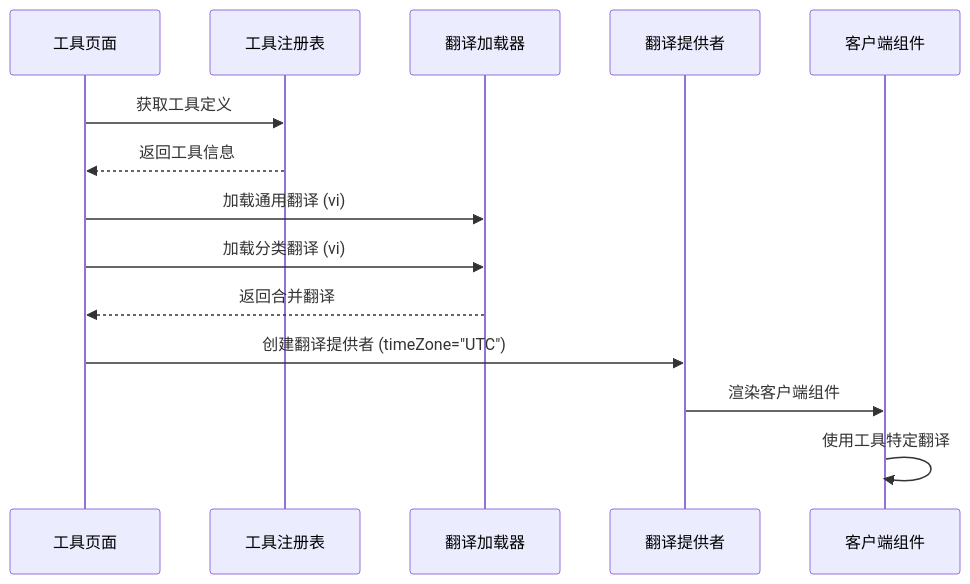
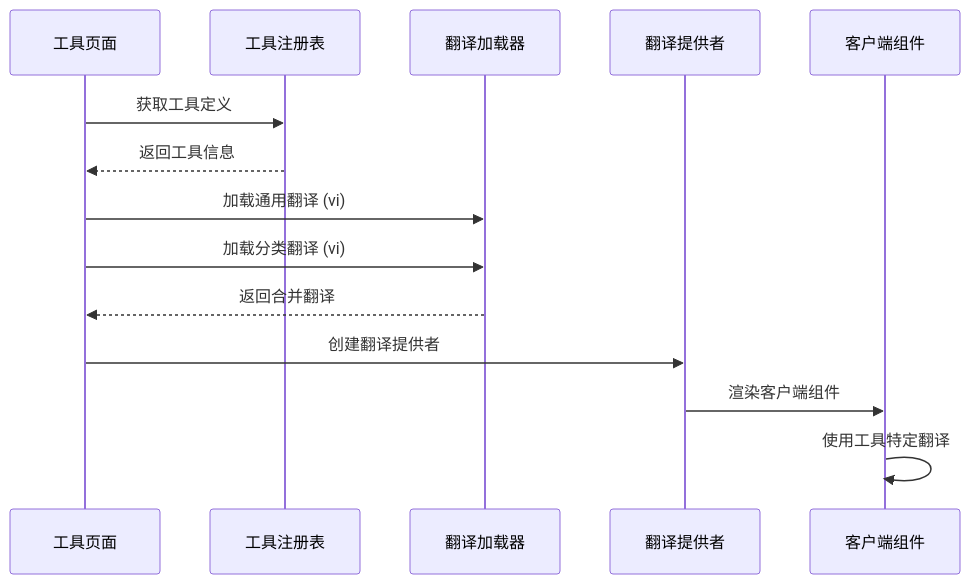
Before and after one commit to sgyy/privadeck: the ninth of 12 diagrams in .qoder/repowiki/zh/content/技术架构/国际化系统.md, drawn with Mermaid. The commit also changed other lines of this file and 4 other files, not shown here.

````diff
--- a/.qoder/repowiki/zh/content/技术架构/国际化系统.md
+++ b/.qoder/repowiki/zh/content/技术架构/国际化系统.md
@@ -494,16 +485,16 @@
 ```mermaid
 sequenceDiagram
 participant Page as 工具页面
 participant Registry as 工具注册表
 participant Loader as 翻译加载器
 participant Provider as 翻译提供者
 participant Client as 客户端组件
 Page->>Registry : 获取工具定义
 Registry-->>Page : 返回工具信息
 Page->>Loader : 加载通用翻译 (vi)
 Page->>Loader : 加载分类翻译 (vi)
 Loader-->>Page : 返回合并翻译
-Page->>Provider : 创建翻译提供者 (timeZone="UTC")
+Page->>Provider : 创建翻译提供者
 Provider->>Client : 渲染客户端组件
 Client->>Client : 使用工具特定翻译
 ```
````
